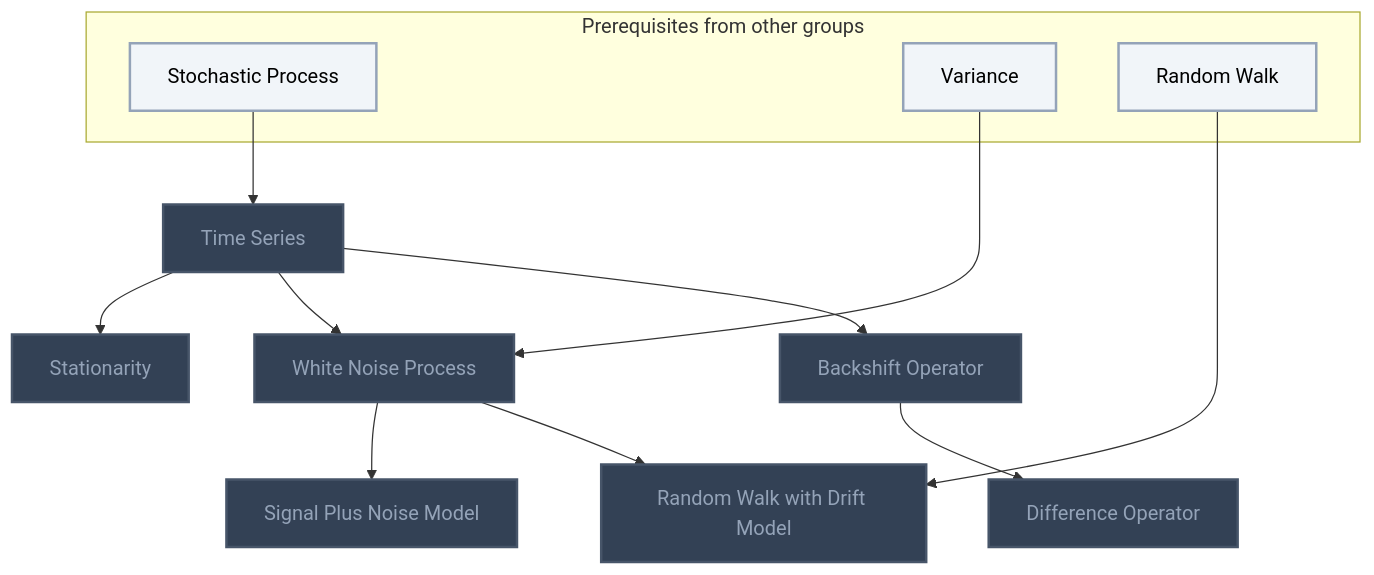
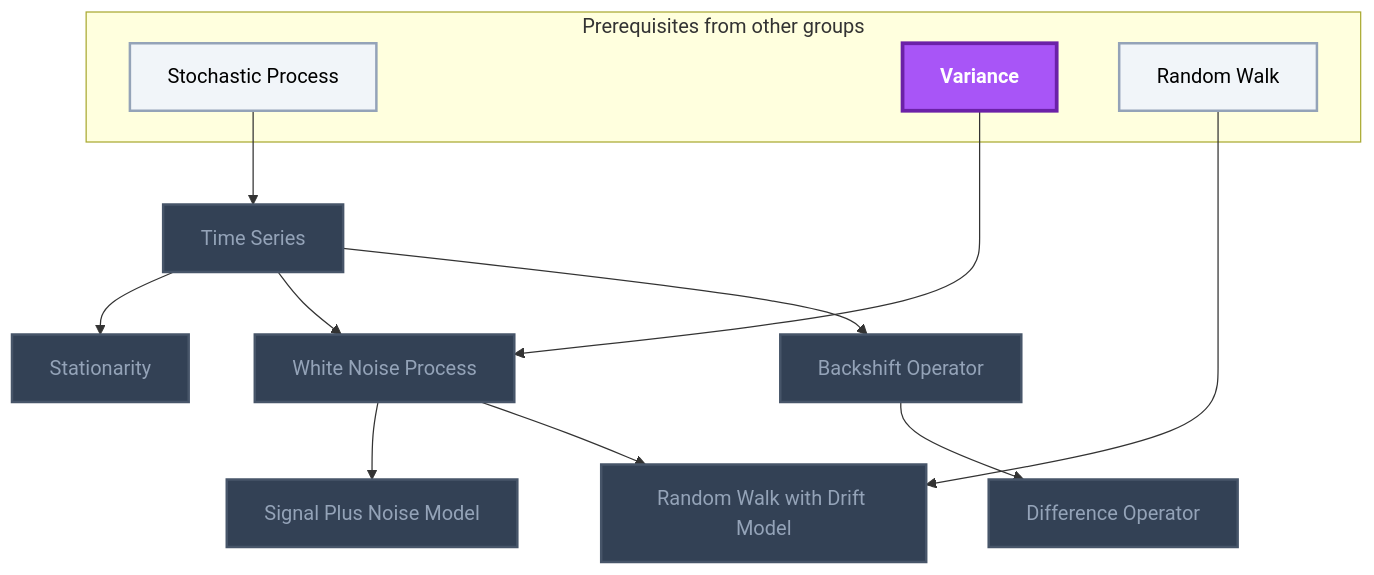
Before and after one commit to MRauf1/My-Notes: the first of 3 diagrams in Gamification/Skill Trees/Time Series Analysis.md, drawn with Mermaid. The commit also changed other lines of this file and 73 other files, not shown here.

````diff
--- a/Gamification/Skill Trees/Time Series Analysis.md
+++ b/Gamification/Skill Trees/Time Series Analysis.md
@@ -17,36 +17,37 @@
 ```mermaid
 flowchart TD
     classDef planned fill:#1E293B,stroke:#64748B,stroke-width:2px,stroke-dasharray:5 5,color:#94A3B8;
     classDef locked fill:#334155,stroke:#475569,stroke-width:2px,color:#94A3B8;
     classDef L0 fill:#F1F5F9,stroke:#94A3B8,stroke-width:2px,color:#000000;
     classDef L1 fill:#22C55E,stroke:#15803D,stroke-width:2px,color:#000000;
     classDef L2 fill:#3B82F6,stroke:#1D4ED8,stroke-width:3px,color:#FFFFFF;
     classDef L3 fill:#A855F7,stroke:#6B21A8,stroke-width:3px,color:#FFFFFF,font-weight:bold;
     classDef L4 fill:#F97316,stroke:#C2410C,stroke-width:4px,color:#000000,font-weight:bold;
     classDef L5 fill:#FFD700,stroke:#FF8C00,stroke-width:5px,color:#000000,font-weight:bold;
     classDef rusty stroke:#8B4513,stroke-width:4px,stroke-dasharray:3 3;
     subgraph sg_prereqs["Prerequisites from other groups"]
         n_stochastic_process["Stochastic Process"]
         n_variance["Variance"]
         n_random_walk["Random Walk"]
     end
     n_time_series["Time Series"]
     n_stationarity["Stationarity"]
     n_white_noise_process["White Noise Process"]
     n_signal_plus_noise_model["Signal Plus Noise Model"]
     n_random_walk_with_drift_model["Random Walk with Drift Model"]
     n_backshift_operator["Backshift Operator"]
     n_difference_operator["Difference Operator"]
     n_stochastic_process --> n_time_series
     n_time_series --> n_stationarity
     n_variance --> n_white_noise_process
     n_time_series --> n_white_noise_process
     n_white_noise_process --> n_signal_plus_noise_model
     n_random_walk --> n_random_walk_with_drift_model
     n_white_noise_process --> n_random_walk_with_drift_model
     n_time_series --> n_backshift_operator
     n_backshift_operator --> n_difference_operator
     class n_time_series,n_stationarity,n_white_noise_process,n_signal_plus_noise_model,n_random_walk_with_drift_model,n_backshift_operator,n_difference_operator locked;
-    class n_stochastic_process,n_variance,n_random_walk L0;
+    class n_stochastic_process,n_random_walk L0;
+    class n_variance L3;
     class n_stochastic_process,n_variance,n_random_walk,n_time_series,n_stationarity,n_white_noise_process,n_signal_plus_noise_model,n_random_walk_with_drift_model,n_backshift_operator,n_difference_operator internal-link;
 ```
````
